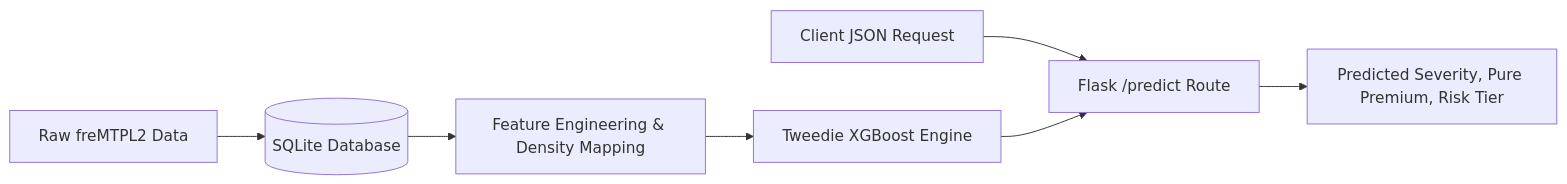
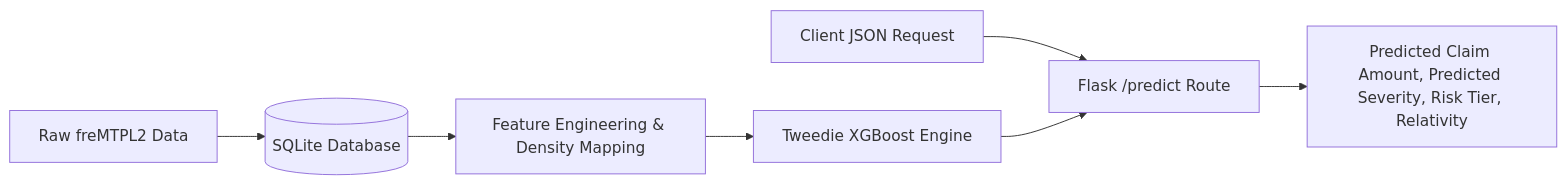
One commit to brennanq1/GLM-vs-XGB-Risk-Scoring-Model changed the diagram in README.md. Above: the diagram before and after it, drawn with Mermaid.

````diff
--- a/README.md
+++ b/README.md
@@ -13,9 +13,9 @@
 ```mermaid
 flowchart LR
     A[Raw freMTPL2 Data] --> B[(SQLite Database)]
     B --> C[Feature Engineering & Density Mapping]
     C --> D[Tweedie XGBoost Engine]
     E[Client JSON Request] --> F[Flask /predict Route]
     D --> F
-    F --> G[Predicted Severity, Pure Premium, Risk Tier]
+    F --> G[Predicted Claim Amount, Predicted Severity, Risk Tier, Relativity]
 ```
````
